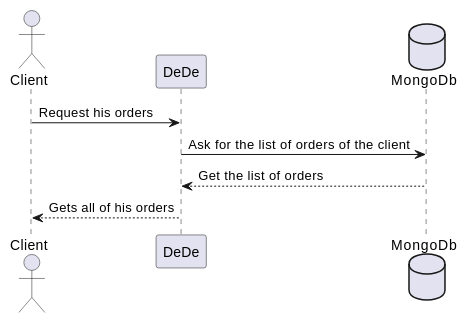
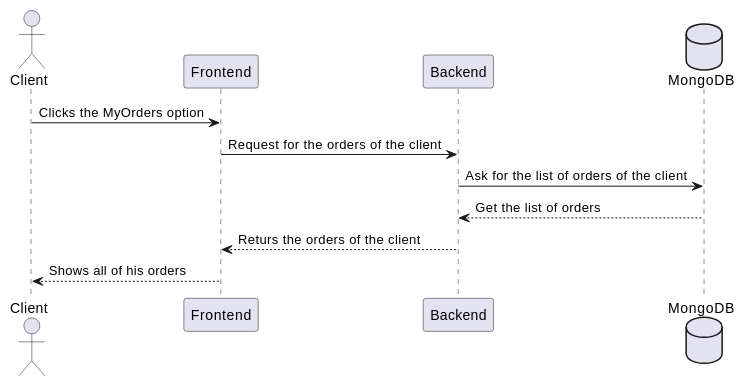
The sixth of 6 diagrams in docs/06_runtime_view.adoc (Arquisoft/Arquisoft-dede_es_04a), drawn with PlantUML before and after one commit. The commit also changed other lines of this file, not shown here.

Commit message:
Acabados diagramas de contexto

```diff
--- a/docs/06_runtime_view.adoc
+++ b/docs/06_runtime_view.adoc
@@ -151,12 +152,15 @@
 [plantuml,"ClientOrders",png]
 ----
 @startuml
 actor Client
-participant DeDe
-database MongoDb
-Client -> DeDe: Request his orders
-DeDe -> MongoDb: Ask for the list of orders of the client
-MongoDb --> DeDe: Get the list of orders
-DeDe --> Client: Gets all of his orders
+participant Frontend
+participant Backend
+database MongoDB
+Client -> Frontend: Clicks the MyOrders option
+Frontend -> Backend: Request for the orders of the client
+Backend -> MongoDB: Ask for the list of orders of the client
+MongoDB --> Backend: Get the list of orders
+Backend --> Frontend: Returs the orders of the client
+Frontend --> Client: Shows all of his orders
 @enduml
 ----
```
